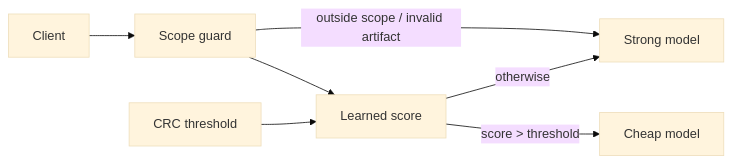
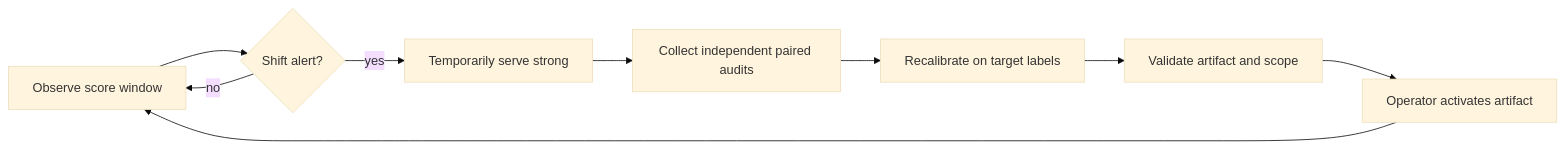
Before and after one commit to balamuruganpg/CertiRoute: the third of 3 diagrams in README.md, drawn with Mermaid (base theme). The commit also changed other lines of this file and 73 other files, not shown here.

````diff
--- a/README.md
+++ b/README.md
@@ -47,9 +125,11 @@
 ```mermaid
 flowchart LR
-    Client --> Gateway[Scope guard]
-    Gateway --> Router[Learned score]
-    Calibration[CRC threshold] --> Router
-    Router -->|score > threshold| Cheap[Cheap model]
-    Router -->|otherwise| Strong[Strong model]
-    Gateway -->|outside scope / invalid artifact| Strong
+    A[Observe score window] --> B{Shift alert?}
+    B -->|no| A
+    B -->|yes| C[Temporarily serve strong]
+    C --> D[Collect independent paired audits]
+    D --> E[Recalibrate on target labels]
+    E --> F[Validate artifact and scope]
+    F --> G[Operator activates artifact]
+    G --> A
 ```
````
